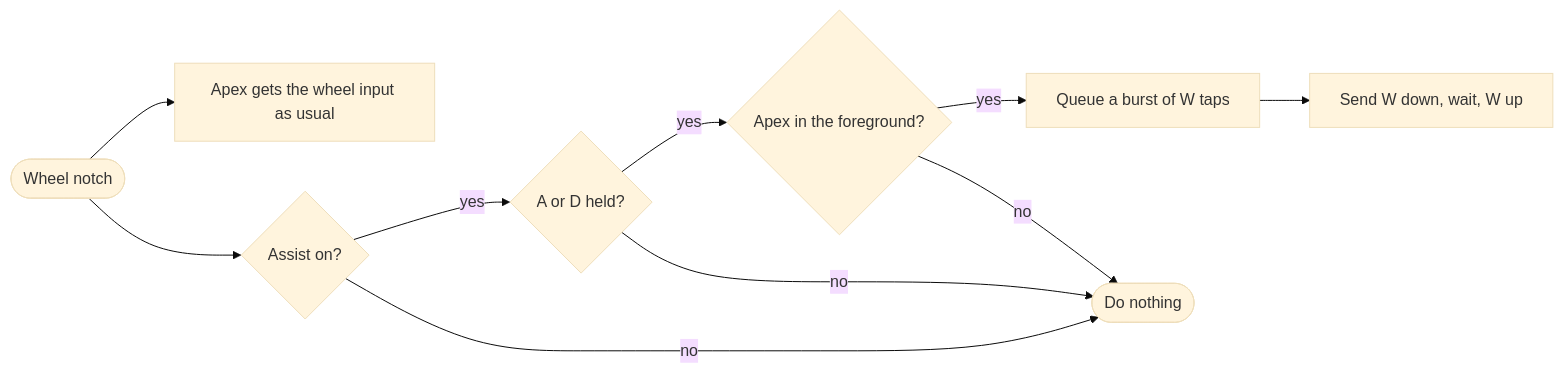
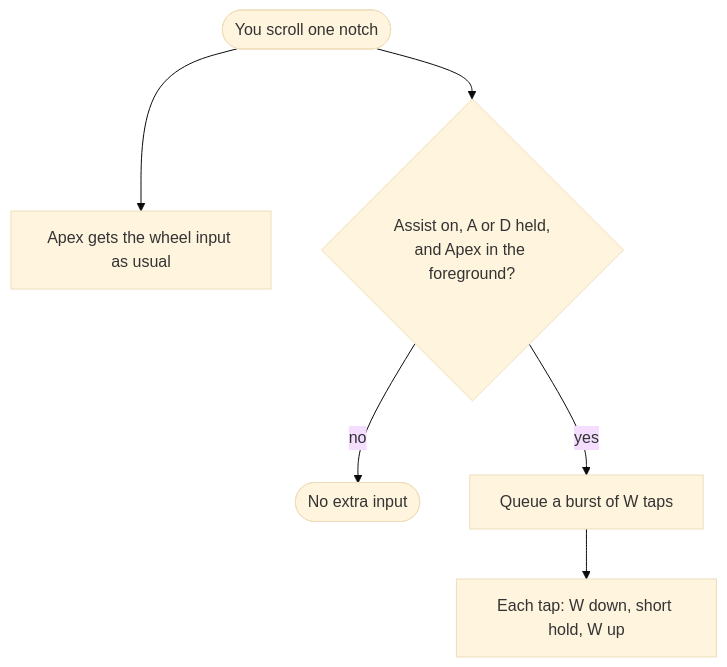
One commit to Riqqqque/Tapper changed the diagram in README.md. Above: the diagram before and after it, drawn with Mermaid (base theme).

Commit message:
Simplify the README flow diagram

````diff
--- a/README.md
+++ b/README.md
@@ -77,12 +77,8 @@
 ```mermaid
-flowchart LR
-    wheel([Wheel notch]) --> game[Apex gets the wheel input as usual]
-    wheel --> on{Assist on?}
-    on -- yes --> strafe{A or D held?}
-    strafe -- yes --> focus{Apex in the foreground?}
-    focus -- yes --> burst[Queue a burst of W taps]
-    burst --> send[Send W down, wait, W up]
-    on -- no --> skip([Do nothing])
-    strafe -- no --> skip
-    focus -- no --> skip
+flowchart TD
+    wheel([You scroll one notch]) --> game[Apex gets the wheel input as usual]
+    wheel --> check{"Assist on, A or D held,<br>and Apex in the foreground?"}
+    check -- no --> skip([No extra input])
+    check -- yes --> burst[Queue a burst of W taps]
+    burst --> send[Each tap: W down, short hold, W up]
 ```
````
